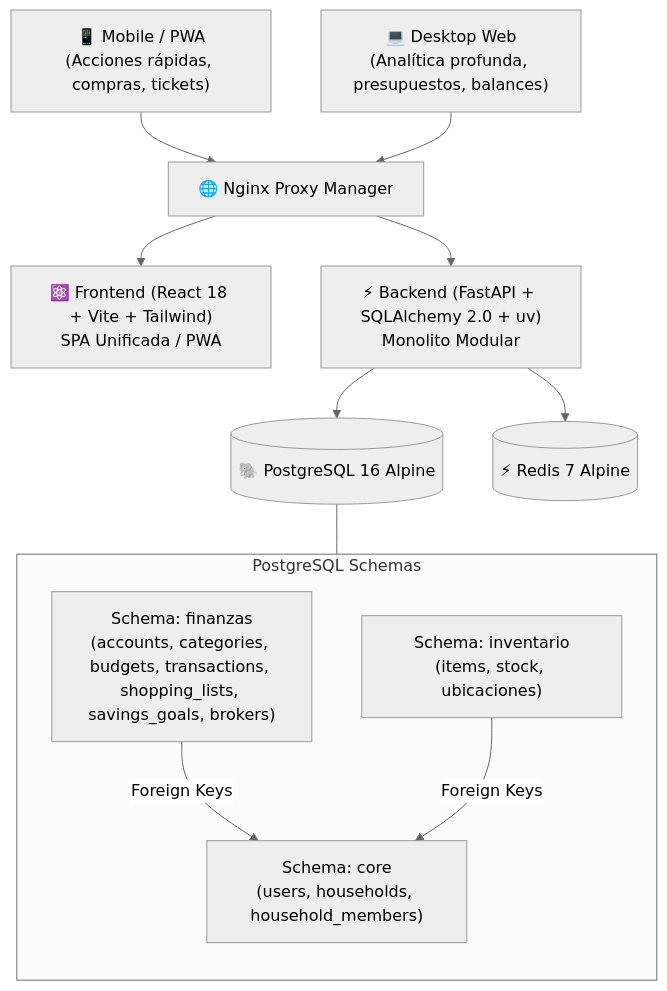
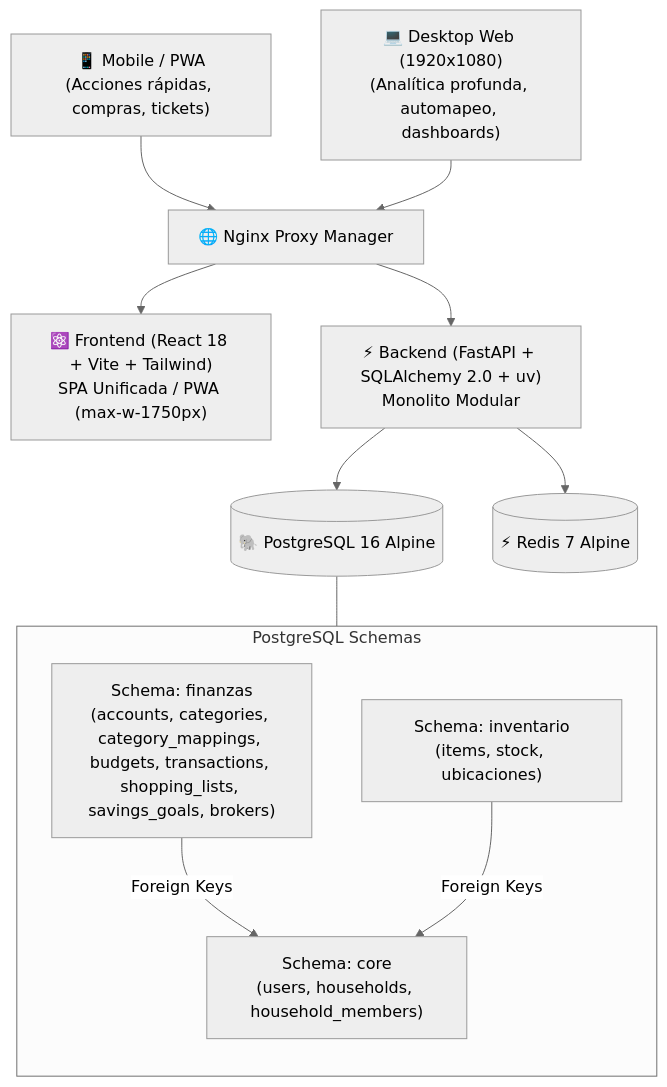
One commit to PabloSGomez50/myp-apps changed the diagram in docs/architecture/overview.md. Above: the diagram before and after it, drawn with Mermaid (neutral theme). The commit also changed other lines of this file and 5 other files, not shown here.

````diff
--- a/docs/architecture/overview.md
+++ b/docs/architecture/overview.md
@@ -9,23 +9,23 @@
 ```mermaid
 graph TD
     ClientMobile["📱 Mobile / PWA<br>(Acciones rápidas, compras, tickets)"] --> NPM["🌐 Nginx Proxy Manager"]
-    ClientDesktop["💻 Desktop Web<br>(Analítica profunda, presupuestos, balances)"] --> NPM
+    ClientDesktop["💻 Desktop Web (1920x1080)<br>(Analítica profunda, automapeo, dashboards)"] --> NPM
     
-    NPM --> Frontend["⚛️ Frontend (React 18 + Vite + Tailwind)<br>SPA Unificada / PWA"]
+    NPM --> Frontend["⚛️ Frontend (React 18 + Vite + Tailwind)<br>SPA Unificada / PWA (max-w-1750px)"]
     NPM --> Backend["⚡ Backend (FastAPI + SQLAlchemy 2.0 + uv)<br>Monolito Modular"]
     
     Backend --> Postgres[("🐘 PostgreSQL 16 Alpine")]
     Backend --> Redis[("⚡ Redis 7 Alpine")]
     
     subgraph Postgres_Schemas["PostgreSQL Schemas"]
         direction TB
         SchemaCore["Schema: core<br>(users, households, household_members)"]
-        SchemaFinanzas["Schema: finanzas<br>(accounts, categories, budgets, transactions, shopping_lists, savings_goals, brokers)"]
+        SchemaFinanzas["Schema: finanzas<br>(accounts, categories, category_mappings, budgets, transactions, shopping_lists, savings_goals, brokers)"]
         SchemaInventario["Schema: inventario<br>(items, stock, ubicaciones)"]
         
         SchemaFinanzas -->|Foreign Keys| SchemaCore
         SchemaInventario -->|Foreign Keys| SchemaCore
     end
     
     Postgres --- Postgres_Schemas
 ```
````
